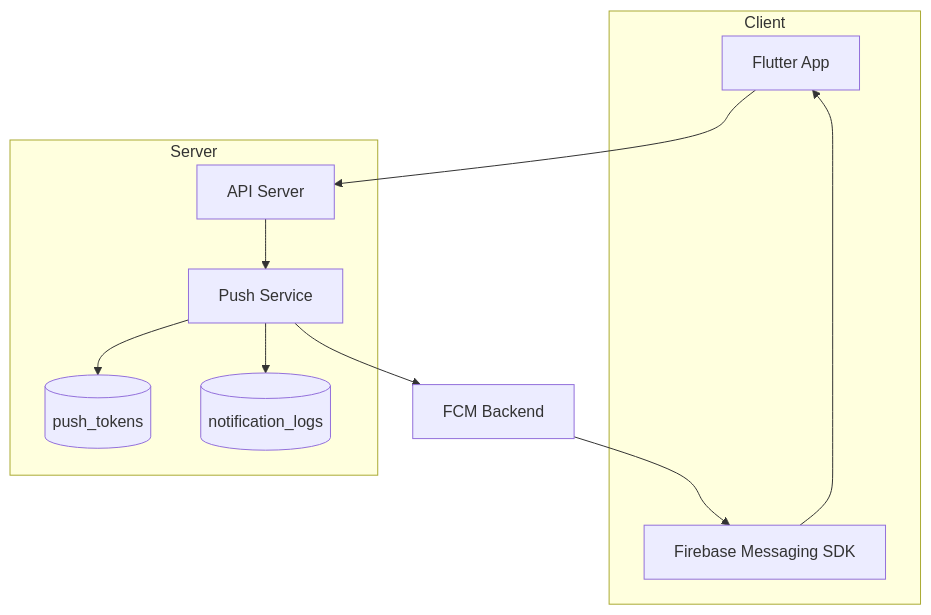
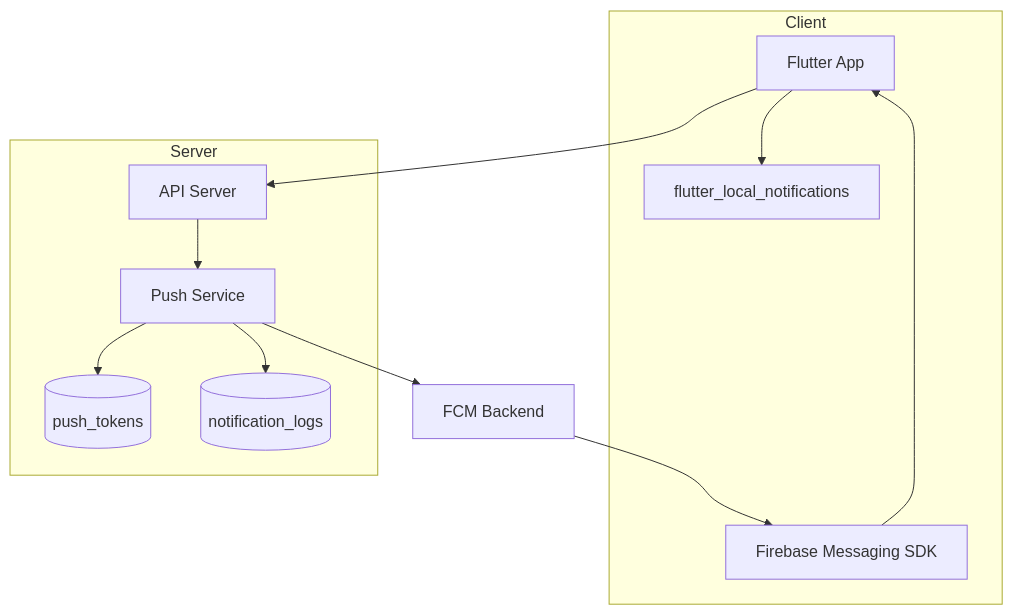
Before and after one commit to cheng80/syncflow: the second of 2 diagrams in docs/NEW-FCM구현 및 설정가이드/04_FCM_푸시_시스템_다이어그램.md, drawn with Mermaid. The commit also changed other lines of this file and 35 other files, not shown here.

````diff
--- a/docs/NEW-FCM구현 및 설정가이드/04_FCM_푸시_시스템_다이어그램.md
+++ b/docs/NEW-FCM구현 및 설정가이드/04_FCM_푸시_시스템_다이어그램.md
@@ -33,24 +36,26 @@
 ```mermaid
 flowchart TB
   subgraph Client
     A[Flutter App]
     B[Firebase Messaging SDK]
+    H[flutter_local_notifications]
   end
 
   subgraph Server
     C[API Server]
     D[Push Service]
     E[(push_tokens)]
     F[(notification_logs)]
   end
 
   G[FCM Backend]
 
   A --> C
   C --> D
   D --> E
   D --> F
   D --> G
   G --> B
   B --> A
+  A --> H
 ```
````
